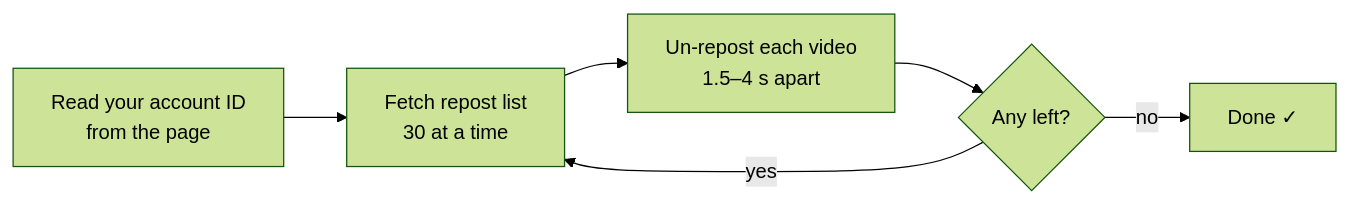
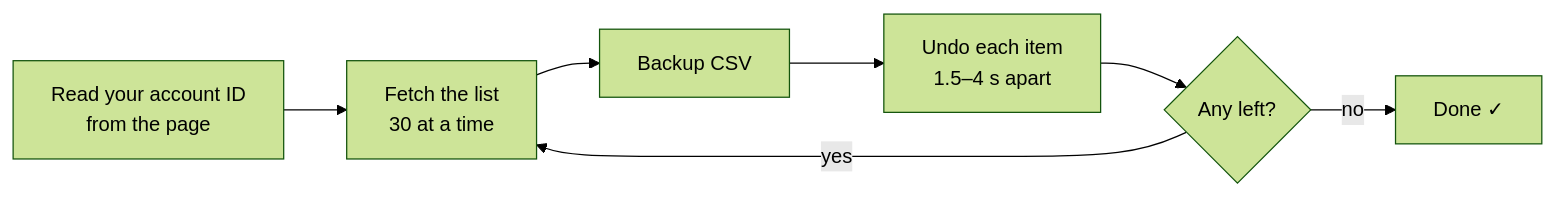
Before and after one commit to TanaTTV/tiktok-cleanup: the diagram in README.md, drawn with Mermaid (forest theme). The commit also changed other lines of this file and 9 other files, not shown here.

````diff
--- a/README.md
+++ b/README.md
@@ -57,8 +70,9 @@
 ```mermaid
 flowchart LR
-    A[Read your account ID<br/>from the page] --> B[Fetch repost list<br/>30 at a time]
-    B --> C[Un-repost each video<br/>1.5–4 s apart]
-    C --> D{Any left?}
-    D -- yes --> B
-    D -- no --> E[Done ✓]
+    A[Read your account ID<br/>from the page] --> B[Fetch the list<br/>30 at a time]
+    B --> C[Backup CSV]
+    C --> D[Undo each item<br/>1.5–4 s apart]
+    D --> E{Any left?}
+    E -- yes --> B
+    E -- no --> F[Done ✓]
 ```
````
